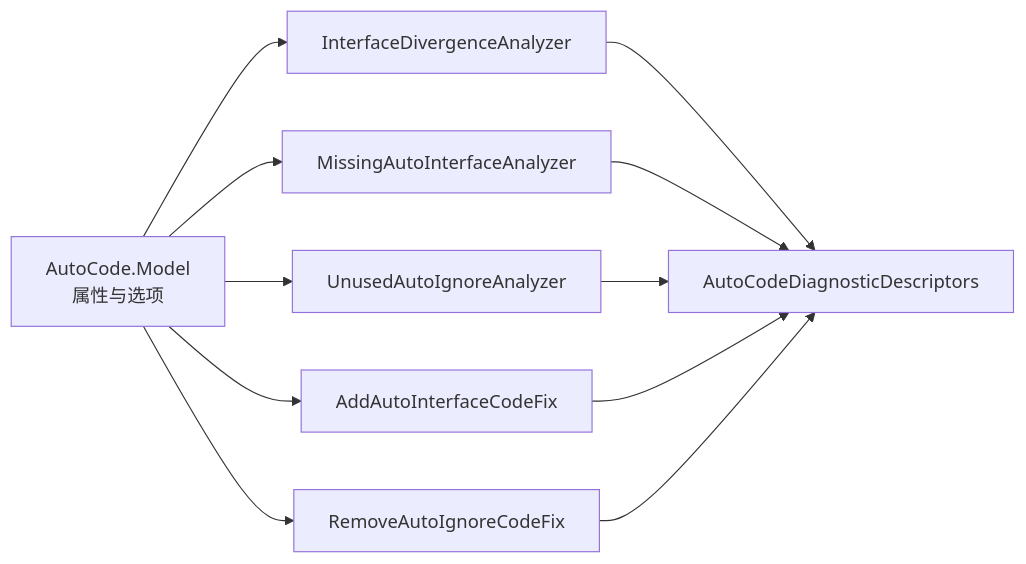
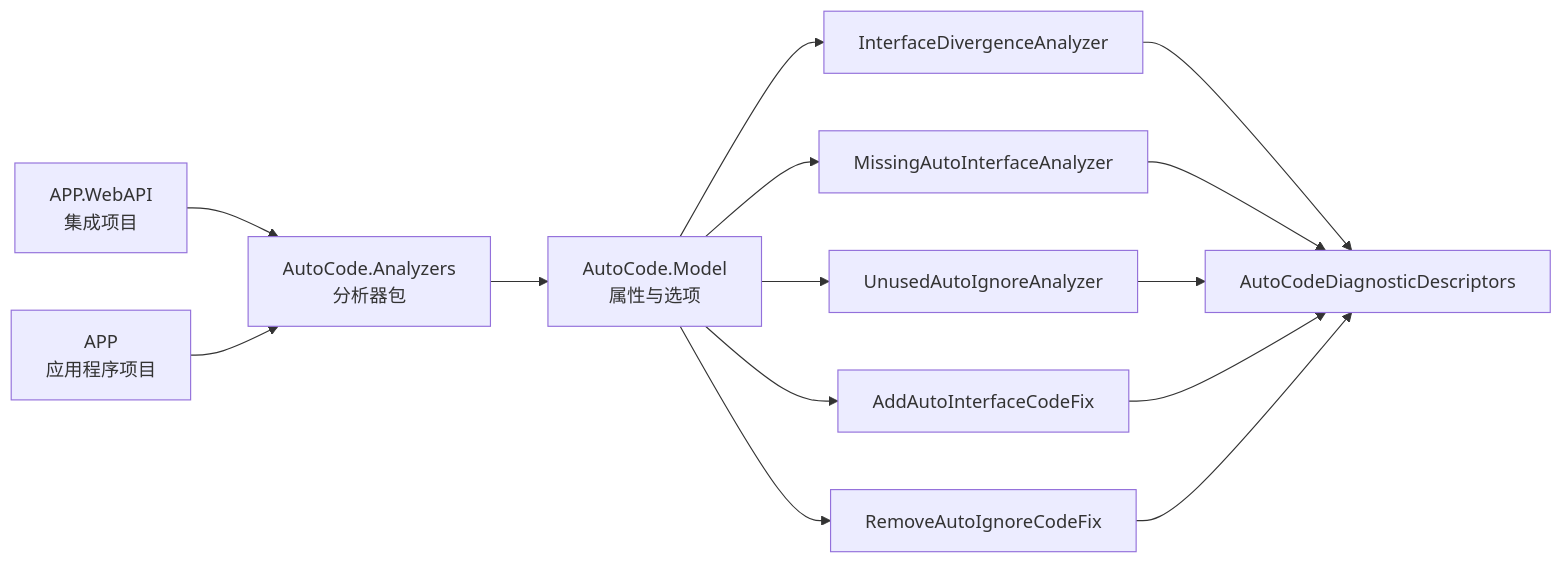
One commit to alivy/AutoCode changed the fifth of 5 diagrams in .qoder/repowiki/zh/content/调试与诊断/分析器系统.md. Above: the diagram before and after it, drawn with Mermaid. The commit also changed other lines of this file and 5 other files, not shown here.

````diff
--- a/.qoder/repowiki/zh/content/调试与诊断/分析器系统.md
+++ b/.qoder/repowiki/zh/content/调试与诊断/分析器系统.md
@@ -200,13 +222,16 @@
 ```mermaid
 graph LR
 A["InterfaceDivergenceAnalyzer"] --> D["AutoCodeDiagnosticDescriptors"]
 B["MissingAutoInterfaceAnalyzer"] --> D
 C["UnusedAutoIgnoreAnalyzer"] --> D
 E["AddAutoInterfaceCodeFix"] --> D
 F["RemoveAutoIgnoreCodeFix"] --> D
 G["AutoCode.Model<br/>属性与选项"] --> A
 G --> B
 G --> C
 G --> E
 G --> F
+H["APP.WebAPI<br/>集成项目"] --> I["AutoCode.Analyzers<br/>分析器包"]
+J["APP<br/>应用程序项目"] --> I
+I --> G
 ```
````
